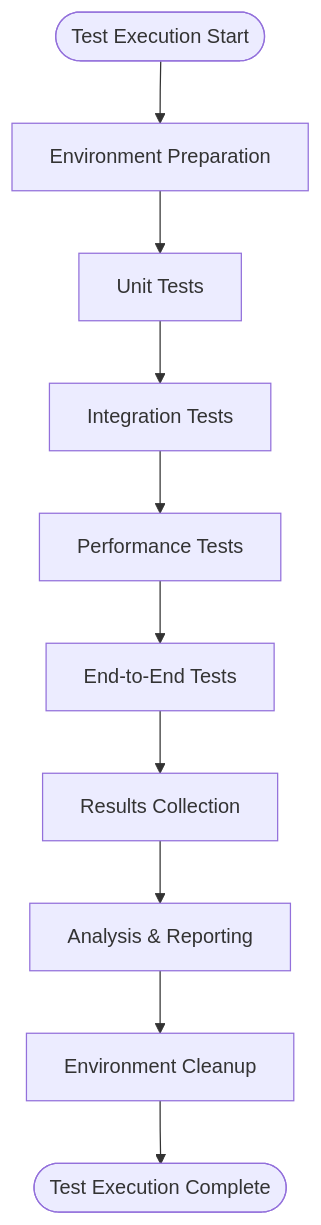
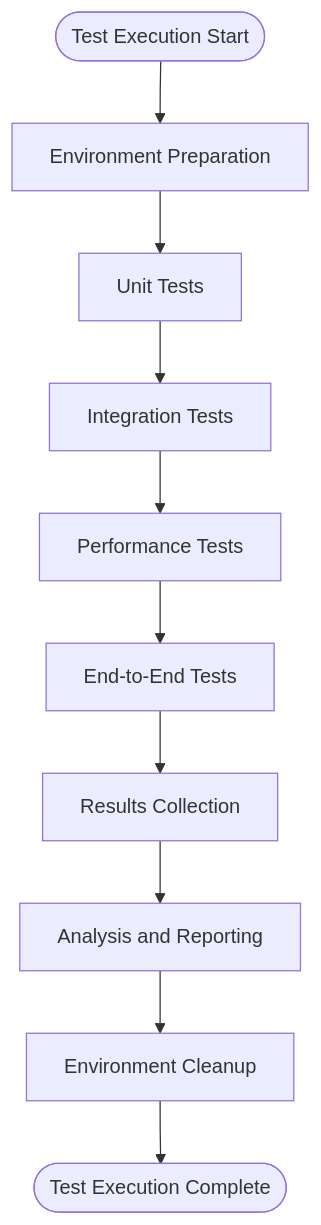
Before and after one commit to buccancs/fyp-multi-sensor-recording-system: the second of 2 diagrams in docs/testing_framework_readme.md, drawn with Mermaid. The commit also changed other lines of this file and 9 other files, not shown here.

````diff
--- a/docs/testing_framework_readme.md
+++ b/docs/testing_framework_readme.md
@@ -74,26 +74,26 @@
 ```mermaid
 flowchart TD
     START([Test Execution Start])
     
     PREP[Environment Preparation]
     UNIT[Unit Tests]
     INTEGRATION[Integration Tests]
     PERFORMANCE[Performance Tests]
     E2E[End-to-End Tests]
     
     COLLECT[Results Collection]
-    ANALYZE[Analysis & Reporting]
+    ANALYZE[Analysis and Reporting]
     CLEANUP[Environment Cleanup]
     
     END([Test Execution Complete])
     
     START --> PREP
     PREP --> UNIT
     UNIT --> INTEGRATION
     INTEGRATION --> PERFORMANCE
     PERFORMANCE --> E2E
     E2E --> COLLECT
     COLLECT --> ANALYZE
     ANALYZE --> CLEANUP
     CLEANUP --> END
 ```
````
